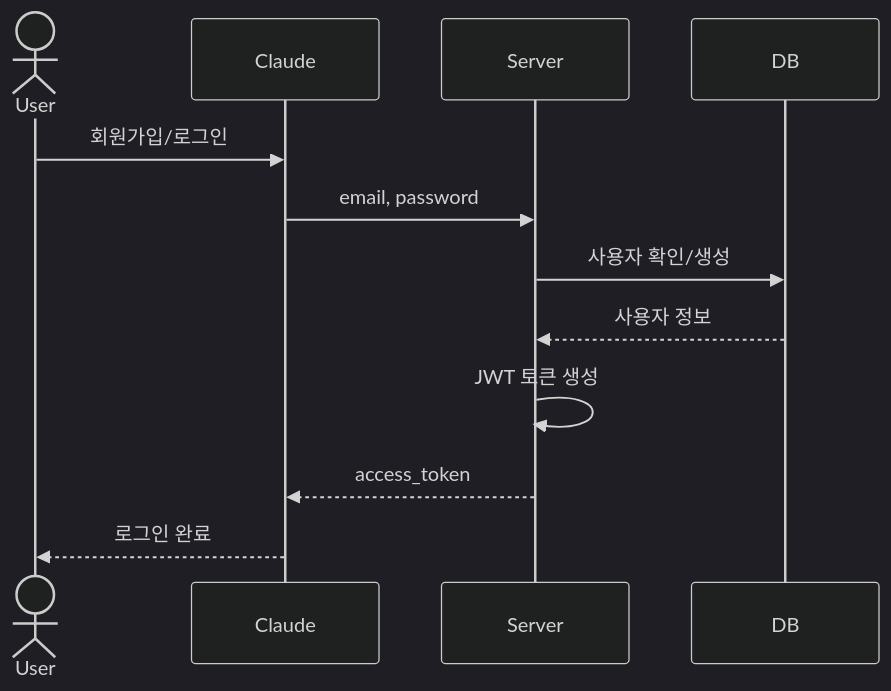
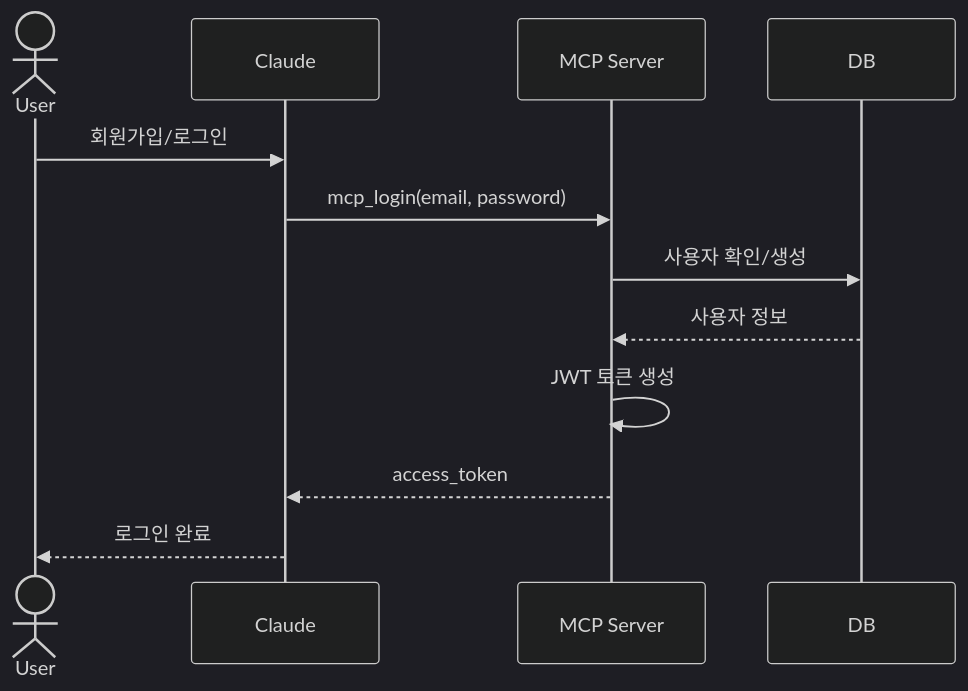
One commit to xpdlf1004/pensieve-mcp changed the fourth of 15 diagrams in ARCHITECTURE_SIMPLE.md. Above: the diagram before and after it, drawn with Mermaid (dark theme). The commit also changed other lines of this file, not shown here.

Commit message:
Add architecture.

````diff
--- a/ARCHITECTURE_SIMPLE.md
+++ b/ARCHITECTURE_SIMPLE.md
@@ -85,15 +94,15 @@
 ```mermaid
 sequenceDiagram
     actor User
     participant Claude
-    participant Server
+    participant MCP as MCP Server
     participant DB
 
     User->>Claude: 회원가입/로그인
-    Claude->>Server: email, password
-    Server->>DB: 사용자 확인/생성
-    DB-->>Server: 사용자 정보
-    Server->>Server: JWT 토큰 생성
-    Server-->>Claude: access_token
+    Claude->>MCP: mcp_login(email, password)
+    MCP->>DB: 사용자 확인/생성
+    DB-->>MCP: 사용자 정보
+    MCP->>MCP: JWT 토큰 생성
+    MCP-->>Claude: access_token
     Claude-->>User: 로그인 완료
 ```
````
